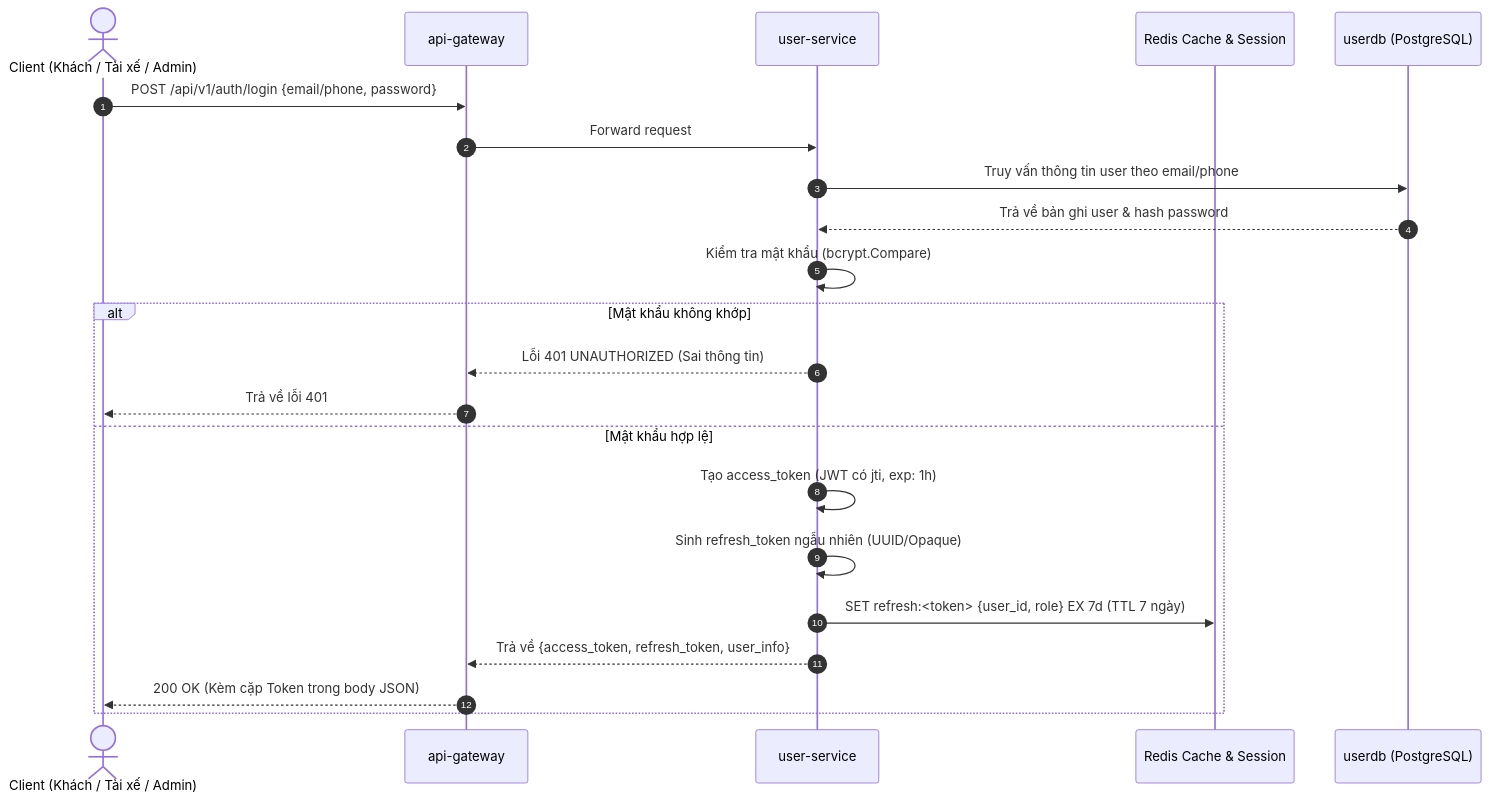
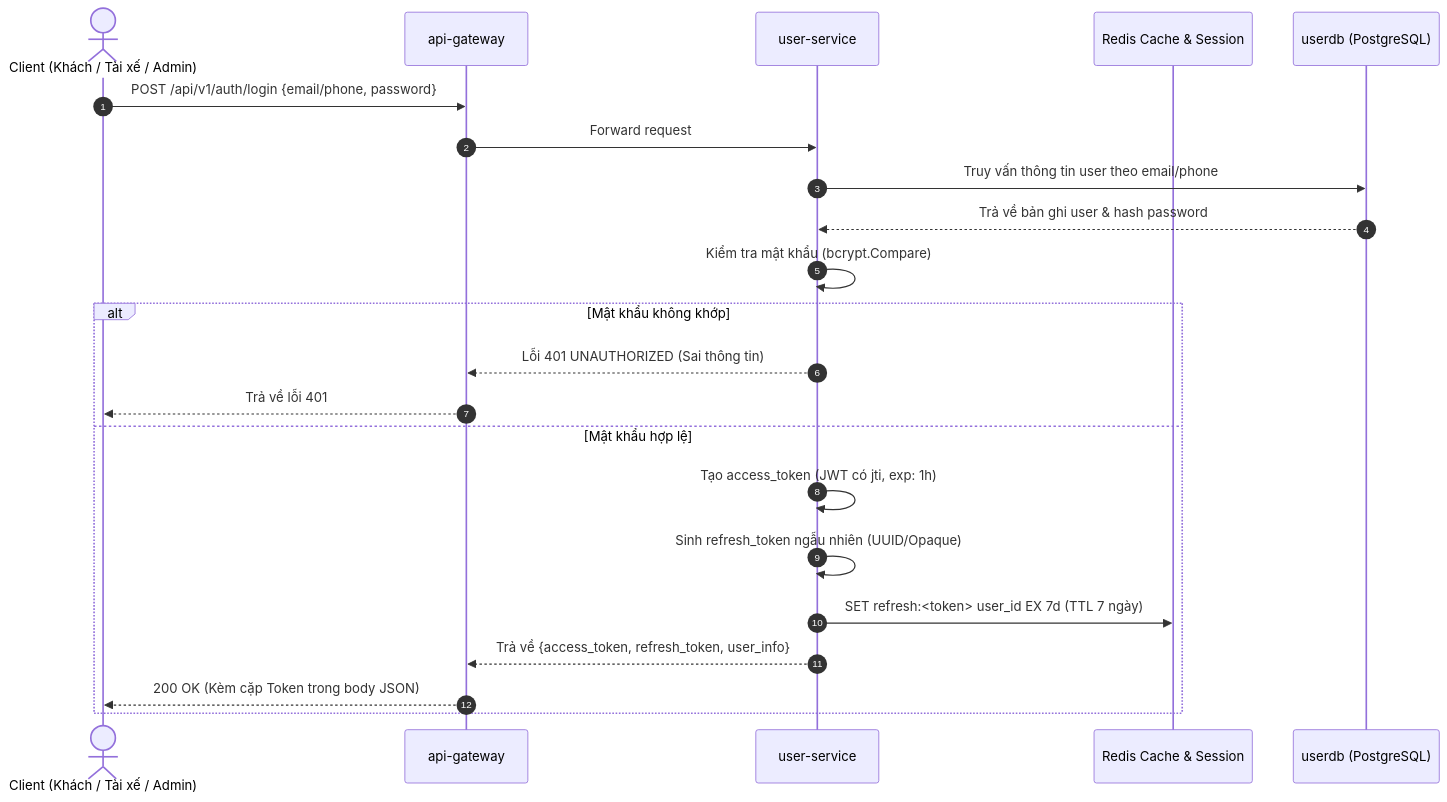
One commit to HaiTrieu186/JB-IOC-PTHB251125_BE105_Devops_Ride_Hailling changed the first of 3 diagrams in docs/02-use-cases/uc-01-tai-khoan.md. Above: the diagram before and after it, drawn with Mermaid. The commit also changed other lines of this file and 16 other files, not shown here.

````diff
--- a/docs/02-use-cases/uc-01-tai-khoan.md
+++ b/docs/02-use-cases/uc-01-tai-khoan.md
@@ -13,25 +13,25 @@
 ```mermaid
 sequenceDiagram
     autonumber
     actor Client as Client (Khách / Tài xế / Admin)
     participant Gateway as api-gateway
     participant UserSvc as user-service
     participant Redis as Redis Cache & Session
     participant DB as userdb (PostgreSQL)
 
     Client->>Gateway: POST /api/v1/auth/login {email/phone, password}
     Gateway->>UserSvc: Forward request
     UserSvc->>DB: Truy vấn thông tin user theo email/phone
     DB-->>UserSvc: Trả về bản ghi user & hash password
     UserSvc->>UserSvc: Kiểm tra mật khẩu (bcrypt.Compare)
     alt Mật khẩu không khớp
         UserSvc-->>Gateway: Lỗi 401 UNAUTHORIZED (Sai thông tin)
         Gateway-->>Client: Trả về lỗi 401
     else Mật khẩu hợp lệ
         UserSvc->>UserSvc: Tạo access_token (JWT có jti, exp: 1h)
         UserSvc->>UserSvc: Sinh refresh_token ngẫu nhiên (UUID/Opaque)
-        UserSvc->>Redis: SET refresh:<token> {user_id, role} EX 7d (TTL 7 ngày)
+        UserSvc->>Redis: SET refresh:<token> user_id EX 7d (TTL 7 ngày)
         UserSvc-->>Gateway: Trả về {access_token, refresh_token, user_info}
         Gateway-->>Client: 200 OK (Kèm cặp Token trong body JSON)
     end
 ```
````
